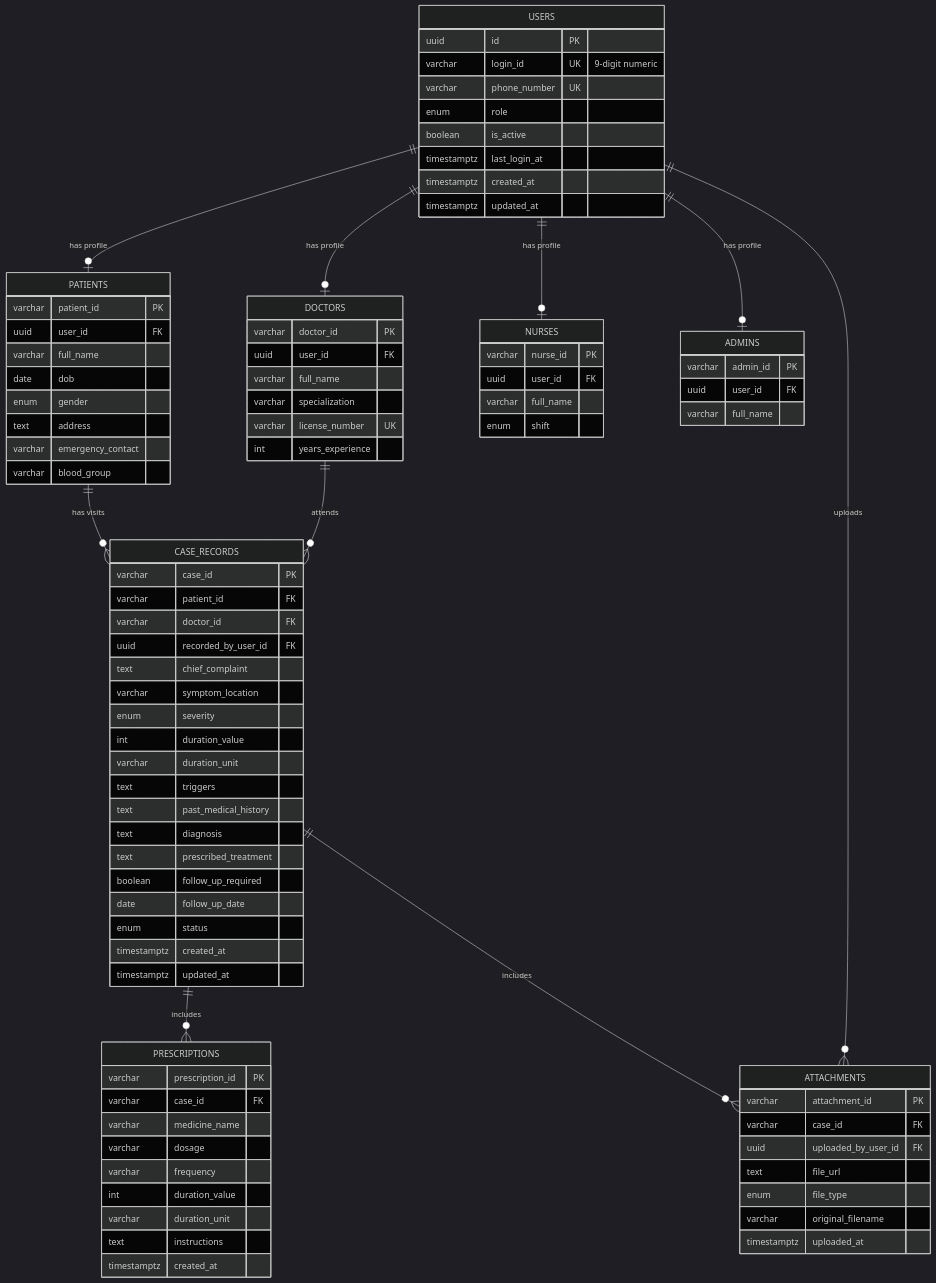
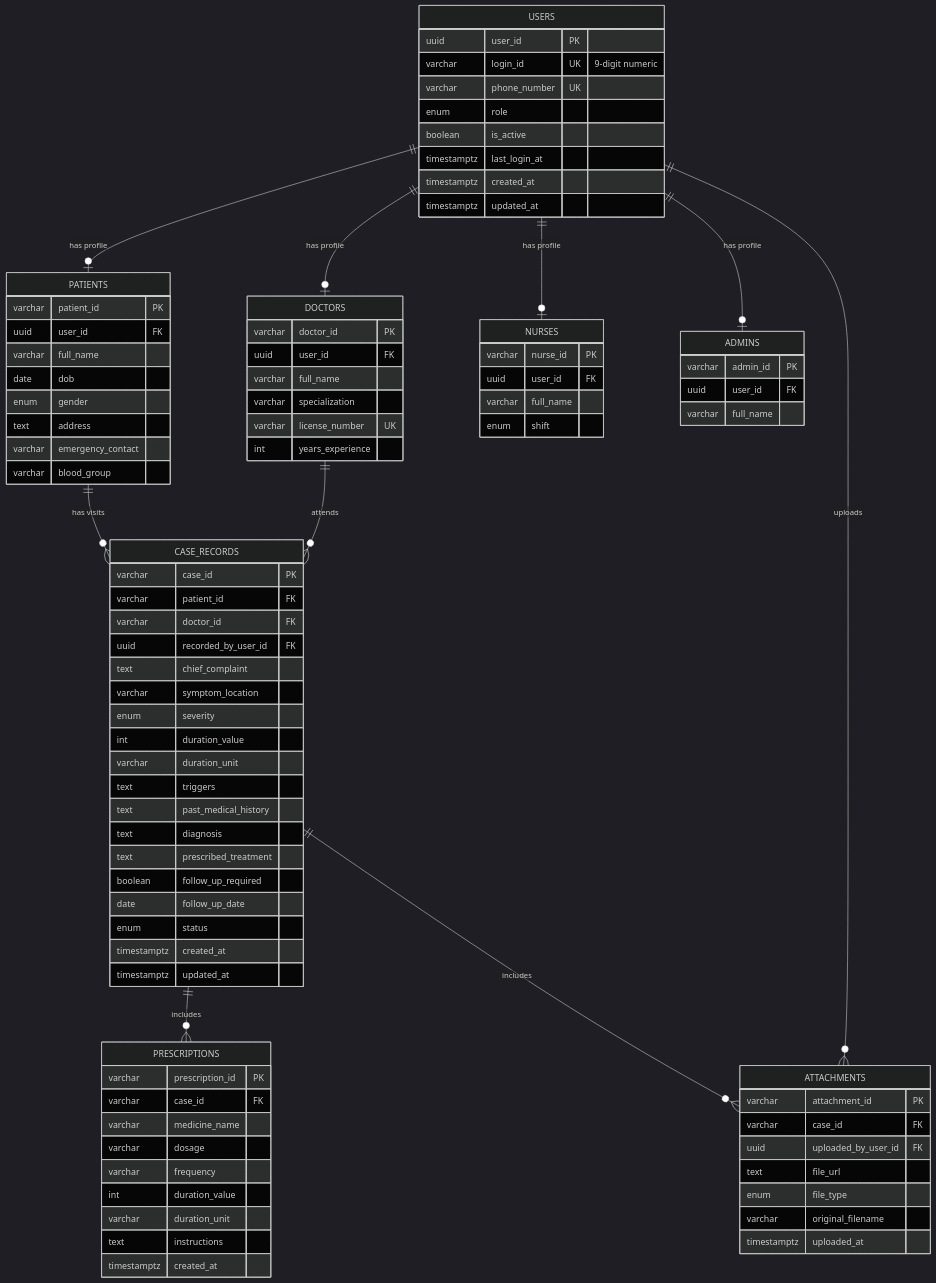
Before and after one commit to SubhankitDam/SIH2026_The_Open_Source: the diagram in server/database_schema.mmd, drawn with Mermaid (dark theme).

Commit message:
fix: Update PK attribute in users

```diff
--- a/server/database_schema.mmd
+++ b/server/database_schema.mmd
@@ -1,97 +1,97 @@
 erDiagram
     USERS ||--o| PATIENTS : "has profile"
     USERS ||--o| DOCTORS : "has profile"
     USERS ||--o| NURSES : "has profile"
     USERS ||--o| ADMINS : "has profile"
     USERS ||--o{ ATTACHMENTS : uploads
     PATIENTS ||--o{ CASE_RECORDS : "has visits"
     DOCTORS ||--o{ CASE_RECORDS : "attends"
     CASE_RECORDS ||--o{ PRESCRIPTIONS : includes
     CASE_RECORDS ||--o{ ATTACHMENTS : includes
 
     USERS {
-        uuid id PK
+        uuid user_id PK
         varchar login_id UK "9-digit numeric"
         varchar phone_number UK
         enum role
         boolean is_active
         timestamptz last_login_at
         timestamptz created_at
         timestamptz updated_at
     }
 
     PATIENTS {
         varchar patient_id PK
         uuid user_id FK
         varchar full_name
         date dob
         enum gender
         text address
         varchar emergency_contact
         varchar blood_group
     }
 
     DOCTORS {
         varchar doctor_id PK
         uuid user_id FK
         varchar full_name
         varchar specialization
         varchar license_number UK
         int years_experience
     }
 
     NURSES {
         varchar nurse_id PK
         uuid user_id FK
         varchar full_name
         enum shift
     }
 
     ADMINS {
         varchar admin_id PK
         uuid user_id FK
         varchar full_name
     }
 
     CASE_RECORDS {
         varchar case_id PK
         varchar patient_id FK
         varchar doctor_id FK
         uuid recorded_by_user_id FK
         text chief_complaint
         varchar symptom_location
         enum severity
         int duration_value
         varchar duration_unit
         text triggers
         text past_medical_history
         text diagnosis
         text prescribed_treatment
         boolean follow_up_required
         date follow_up_date
         enum status
         timestamptz created_at
         timestamptz updated_at
     }
 
     PRESCRIPTIONS {
         varchar prescription_id PK
         varchar case_id FK
         varchar medicine_name
         varchar dosage
         varchar frequency
         int duration_value
         varchar duration_unit
         text instructions
         timestamptz created_at
     }
 
     ATTACHMENTS {
         varchar attachment_id PK
         varchar case_id FK
         uuid uploaded_by_user_id FK
         text file_url
         enum file_type
         varchar original_filename
         timestamptz uploaded_at
     }
```
